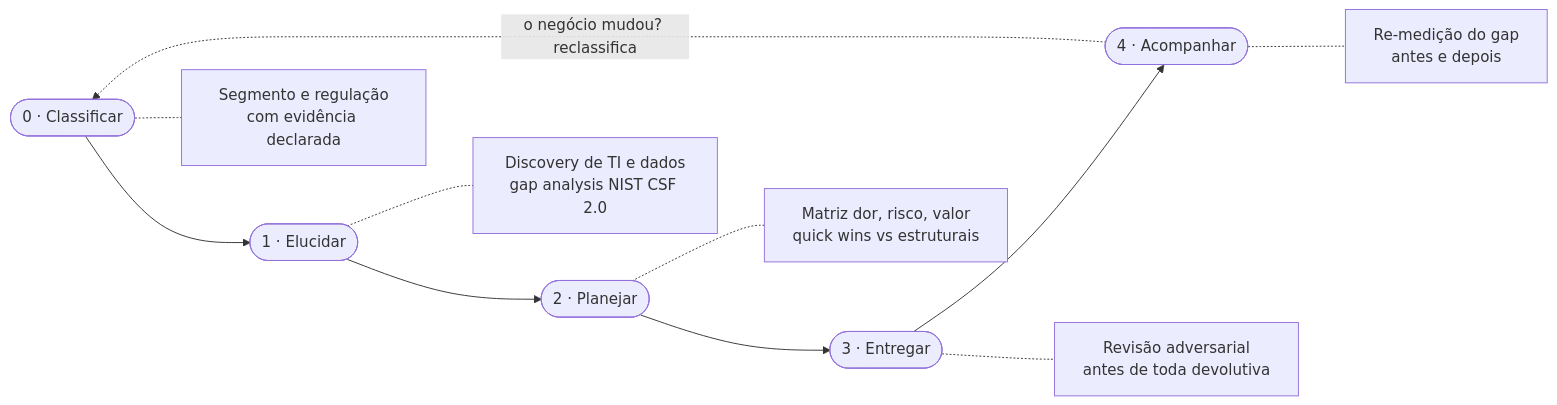
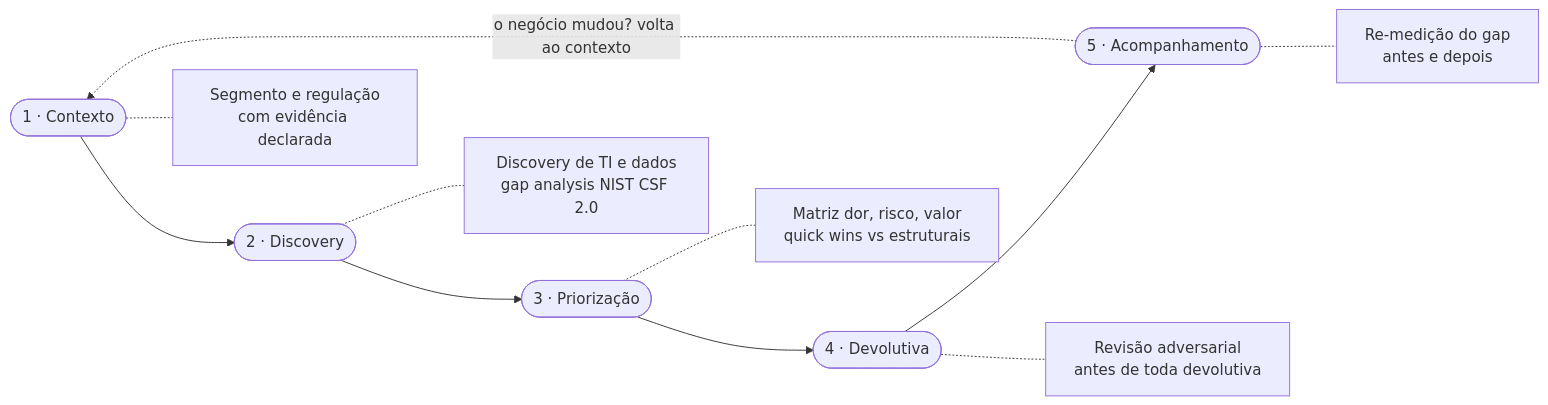
Before and after one commit to garciago/garciago: the first of 2 diagrams in README.md, drawn with Mermaid. The commit also changed other lines of this file, not shown here.

Commit message:
docs: remove vocabulário interno (cSDLC) e nomeia método como Diagnóstico de Prontidão Tecnológica
Claude-Session: https://claude.ai/code/session_01XT6eJRTdKiFiFUvJww447A

````diff
--- a/README.md
+++ b/README.md
@@ -37,10 +37,10 @@
 ```mermaid
 flowchart LR
-    F0(["0 · Classificar"]) --> F1(["1 · Elucidar"]) --> F2(["2 · Planejar"]) --> F3(["3 · Entregar"]) --> F4(["4 · Acompanhar"])
-    F4 -. "o negócio mudou? reclassifica" .-> F0
+    F0(["1 · Contexto"]) --> F1(["2 · Discovery"]) --> F2(["3 · Priorização"]) --> F3(["4 · Devolutiva"]) --> F4(["5 · Acompanhamento"])
+    F4 -. "o negócio mudou? volta ao contexto" .-> F0
     F0 -.- A0["Segmento e regulação<br/>com evidência declarada"]
     F1 -.- A1["Discovery de TI e dados<br/>gap analysis NIST CSF 2.0"]
     F2 -.- A2["Matriz dor, risco, valor<br/>quick wins vs estruturais"]
     F3 -.- A3["Revisão adversarial<br/>antes de toda devolutiva"]
     F4 -.- A4["Re-medição do gap<br/>antes e depois"]
 ```
````
